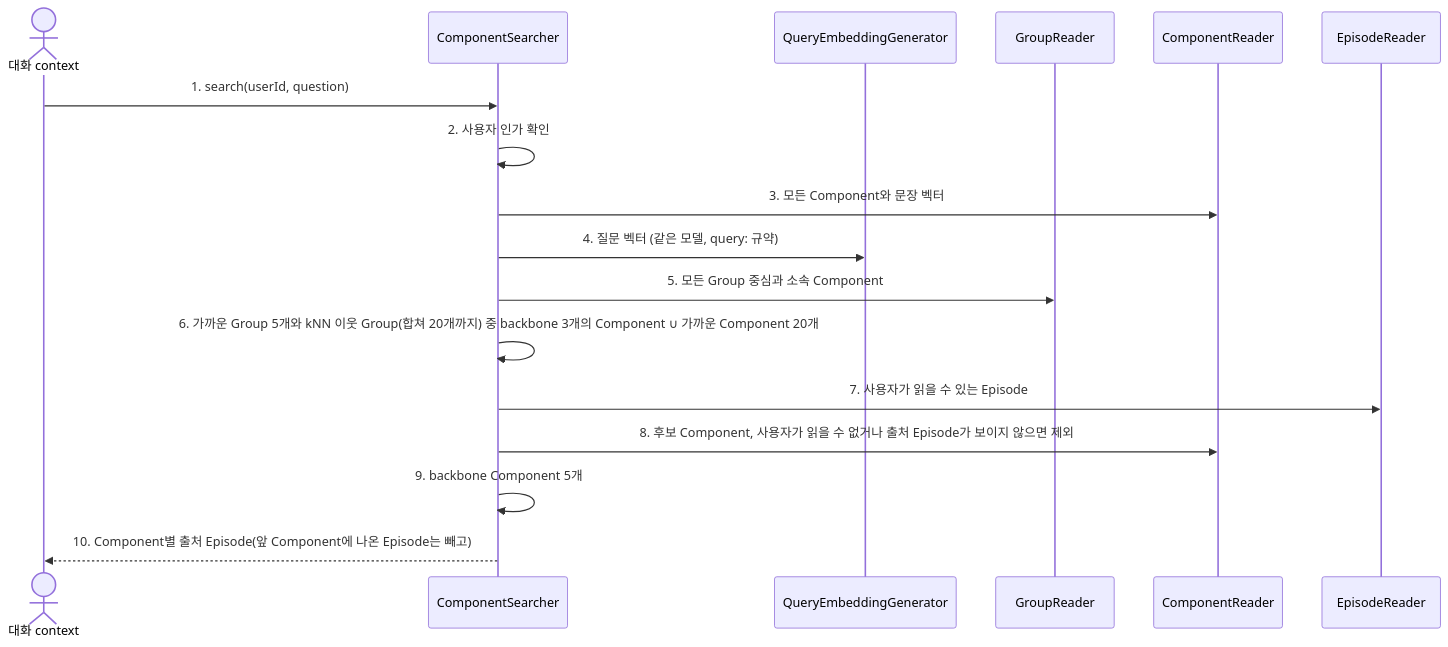
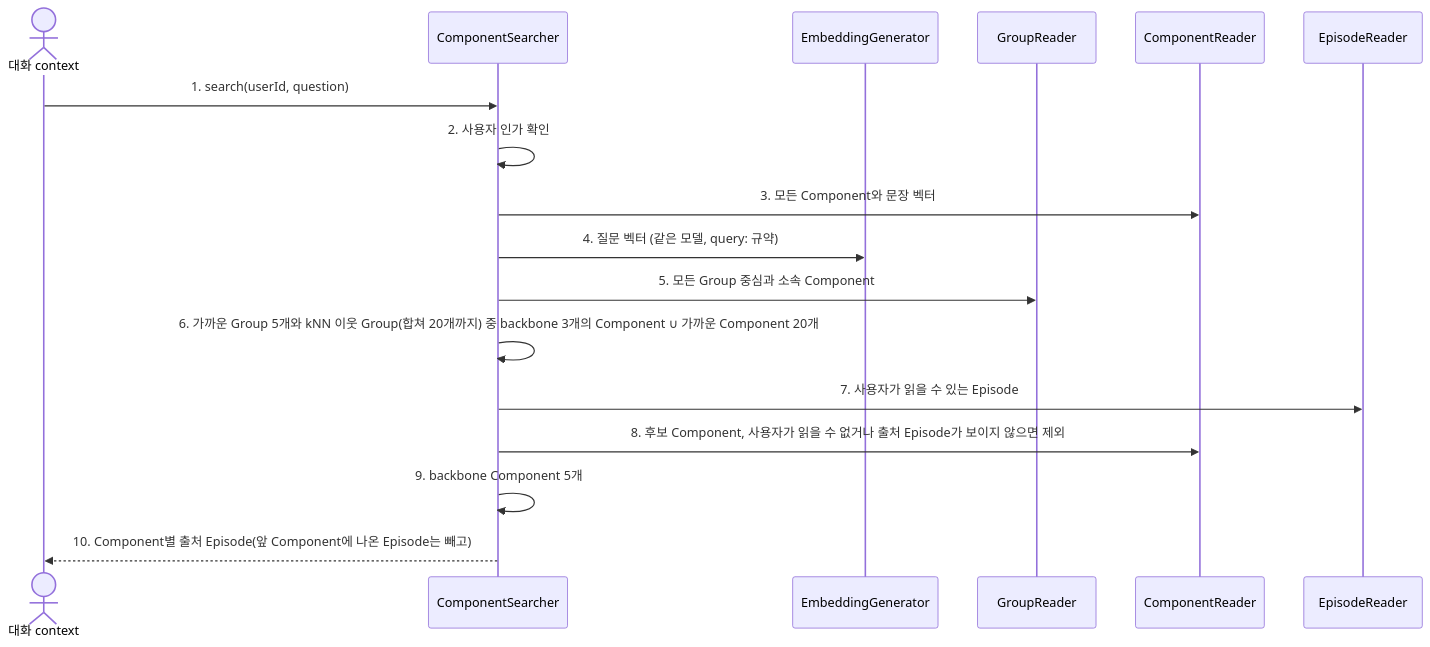
The second of 2 diagrams in application/src/main/kotlin/com/homeassistant/application/usecase/memoryextraction/component/README.md (magenta1223/home_assistant), drawn with Mermaid before and after one commit. The commit also changed 35 other files, not shown here.

Commit message:
refactor: Unify embedding ports into EmbeddingGenerator

````diff
--- a/application/src/main/kotlin/com/homeassistant/application/usecase/memoryextraction/component/README.md
+++ b/application/src/main/kotlin/com/homeassistant/application/usecase/memoryextraction/component/README.md
@@ -64,19 +64,19 @@
 ```mermaid
 sequenceDiagram
     actor Caller as 대화 context
     participant Search as ComponentSearcher
-    participant Query as QueryEmbeddingGenerator
+    participant Query as EmbeddingGenerator
     participant Groups as GroupReader
     participant Components as ComponentReader
     participant Episodes as EpisodeReader
     Caller->>Search: 1. search(userId, question)
     Search->>Search: 2. 사용자 인가 확인
     Search->>Components: 3. 모든 Component와 문장 벡터
     Search->>Query: 4. 질문 벡터 (같은 모델, query: 규약)
     Search->>Groups: 5. 모든 Group 중심과 소속 Component
     Search->>Search: 6. 가까운 Group 5개와 kNN 이웃 Group(합쳐 20개까지) 중 backbone 3개의 Component ∪ 가까운 Component 20개
     Search->>Episodes: 7. 사용자가 읽을 수 있는 Episode
     Search->>Components: 8. 후보 Component, 사용자가 읽을 수 없거나 출처 Episode가 보이지 않으면 제외
     Search->>Search: 9. backbone Component 5개
     Search-->>Caller: 10. Component별 출처 Episode(앞 Component에 나온 Episode는 빼고)
 ```
````
